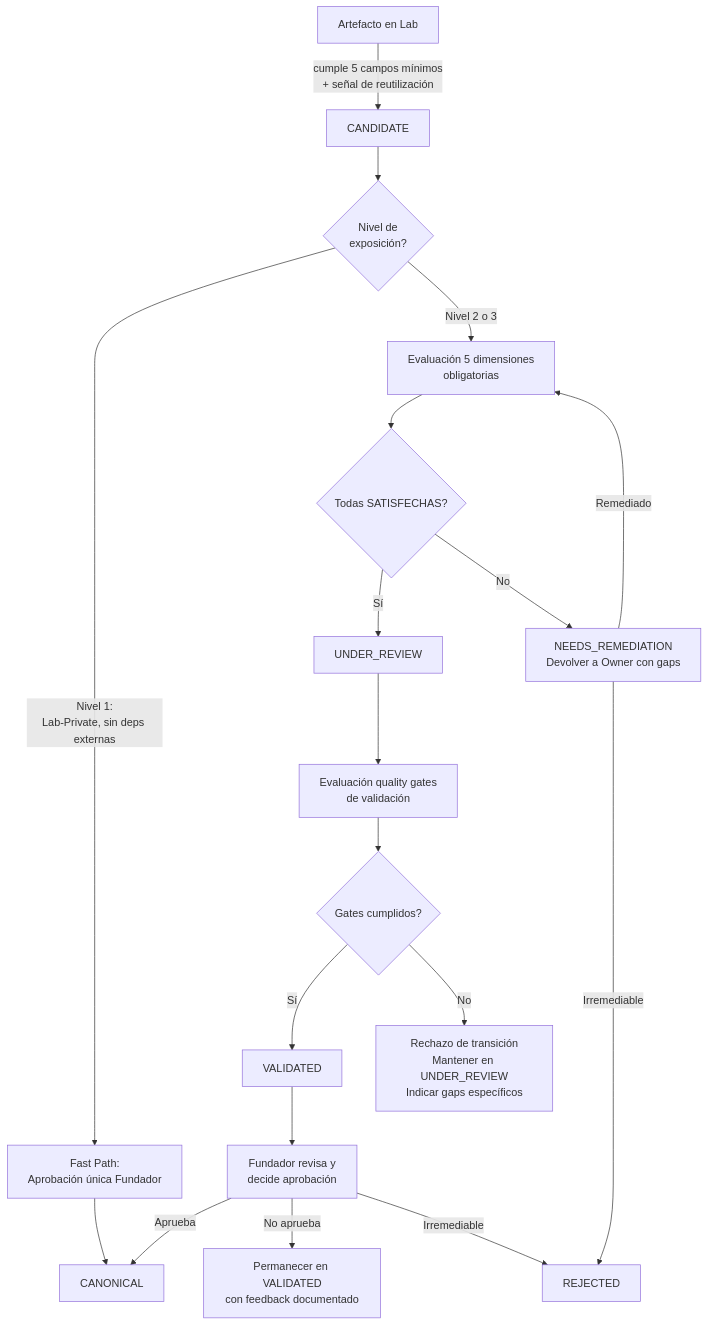
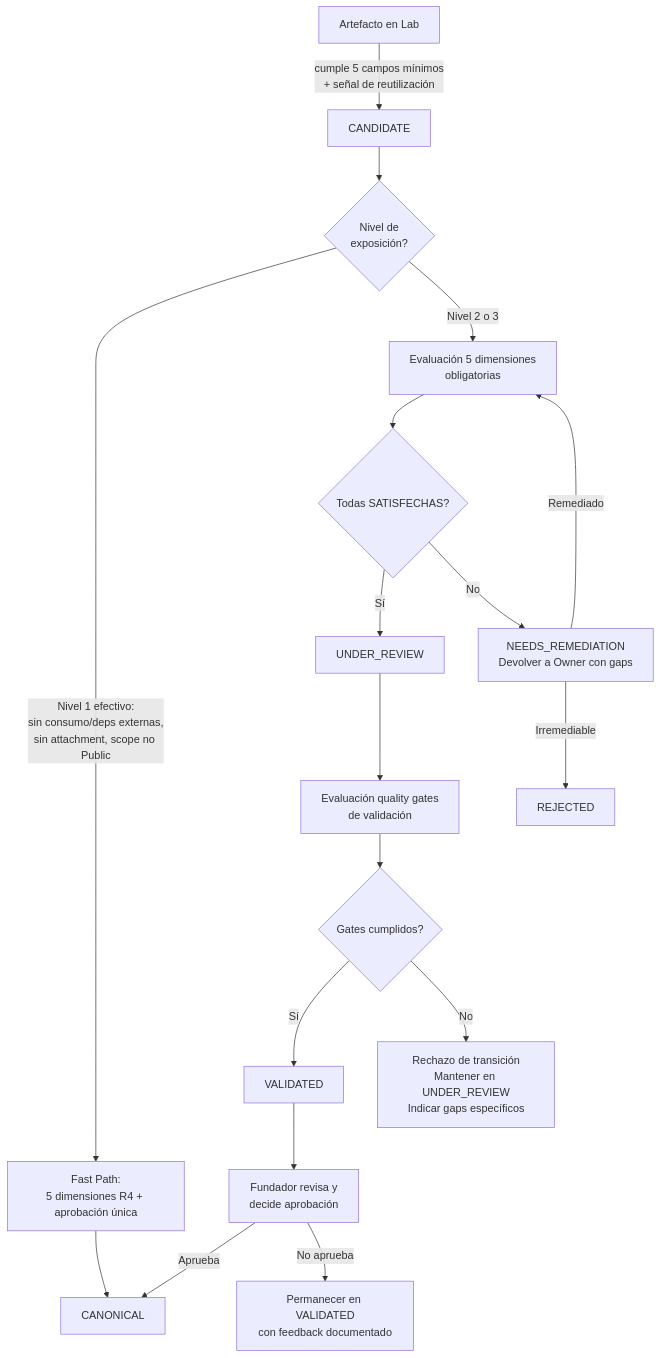
One commit to joelramone/labos changed the second of 2 diagrams in .kiro/specs/package-003-asset-system/design.md. Above: the diagram before and after it, drawn with Mermaid. The commit also changed other lines of this file and 155 other files, not shown here.

````diff
--- a/.kiro/specs/package-003-asset-system/design.md
+++ b/.kiro/specs/package-003-asset-system/design.md
@@ -349,21 +361,20 @@
 ```mermaid
 flowchart TD
     A[Artefacto en Lab] -->|cumple 5 campos mínimos\n+ señal de reutilización| B[CANDIDATE]
     B --> C{Nivel de\nexposición?}
-    C -->|Nivel 1:\nLab-Private, sin deps externas| D[Fast Path:\nAprobación única Fundador]
+    C -->|Nivel 1 efectivo:\nsin consumo/deps externas,\nsin attachment, scope no Public| D[Fast Path:\n5 dimensiones R4 + aprobación única]
     D --> E[CANONICAL]
     C -->|Nivel 2 o 3| F[Evaluación 5 dimensiones\nobligatorias]
     F --> G{Todas SATISFECHAS?}
     G -->|Sí| H[UNDER_REVIEW]
     G -->|No| I[NEEDS_REMEDIATION\nDevolver a Owner con gaps]
     I -->|Remediado| F
     I -->|Irremediable| J[REJECTED]
     H --> K[Evaluación quality gates\nde validación]
     K --> L{Gates cumplidos?}
     L -->|Sí| M[VALIDATED]
     L -->|No| N[Rechazo de transición\nMantener en UNDER_REVIEW\nIndicar gaps específicos]
     M --> O[Fundador revisa y\ndecide aprobación]
     O -->|Aprueba| E
     O -->|No aprueba| P[Permanecer en VALIDATED\ncon feedback documentado]
-    O -->|Irremediable| J
 ```
````
